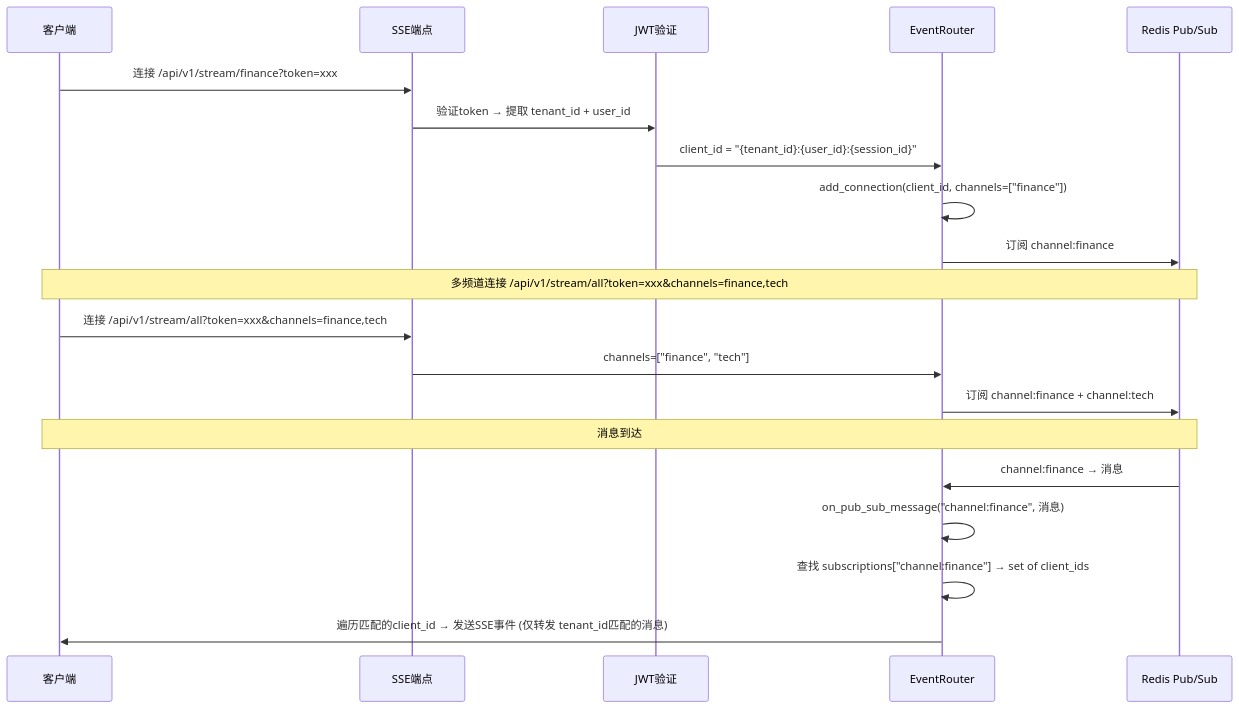
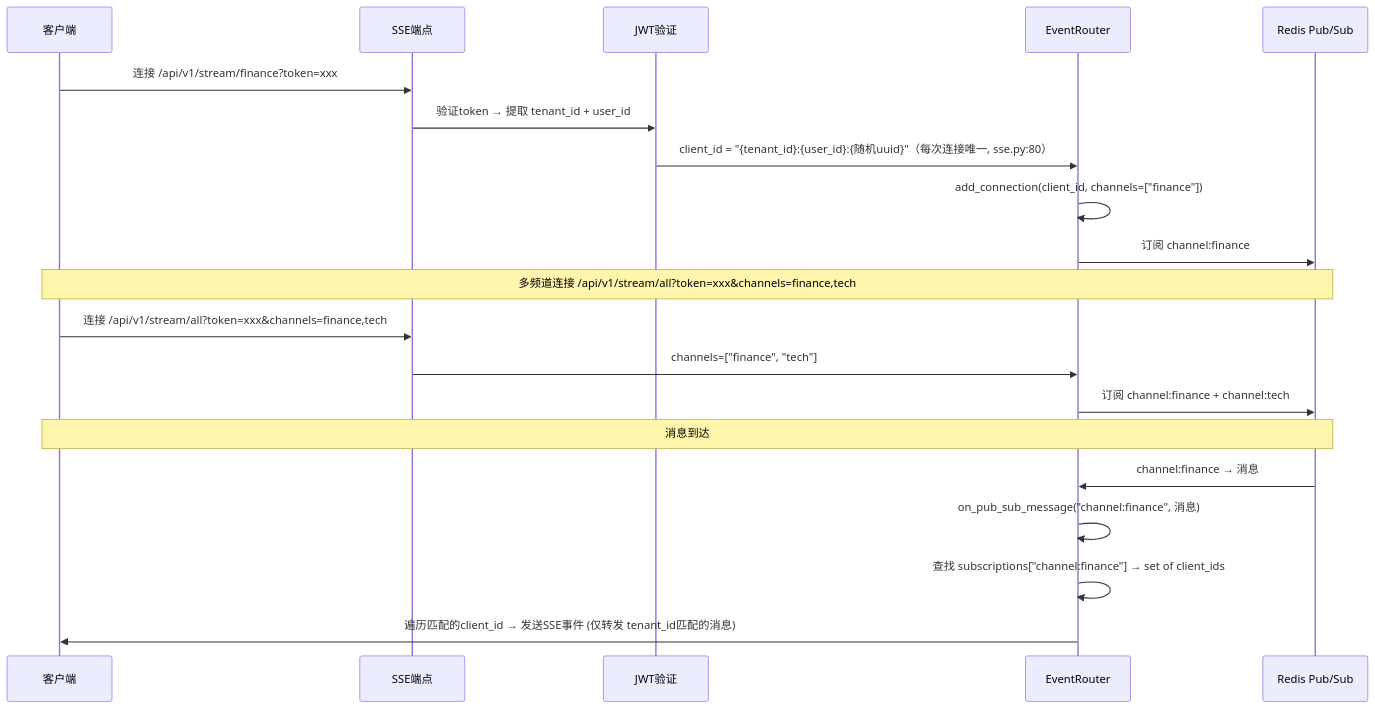
The fifth of 12 diagrams in docs/design/data-flow.md (onceme/instantboard), drawn with Mermaid before and after one commit. The commit also changed other lines of this file and 14 other files, not shown here.

````diff
--- a/docs/design/data-flow.md
+++ b/docs/design/data-flow.md
@@ -417,25 +362,25 @@
 ```mermaid
 sequenceDiagram
     participant Client as 客户端
     participant SSE as SSE端点
     participant JWT as JWT验证
     participant Router as EventRouter
     participant Redis as Redis Pub/Sub
 
     Client->>SSE: 连接 /api/v1/stream/finance?token=xxx
     SSE->>JWT: 验证token → 提取 tenant_id + user_id
-    JWT->>Router: client_id = "{tenant_id}:{user_id}:{session_id}"
+    JWT->>Router: client_id = "{tenant_id}:{user_id}:{随机uuid}"（每次连接唯一, sse.py:80）
     Router->>Router: add_connection(client_id, channels=["finance"])
     Router->>Redis: 订阅 channel:finance
 
     Note over Client,Redis: 多频道连接 /api/v1/stream/all?token=xxx&channels=finance,tech
     Client->>SSE: 连接 /api/v1/stream/all?token=xxx&channels=finance,tech
     SSE->>Router: channels=["finance", "tech"]
     Router->>Redis: 订阅 channel:finance + channel:tech
 
     Note over Client,Redis: 消息到达
     Redis->>Router: channel:finance → 消息
     Router->>Router: on_pub_sub_message("channel:finance", 消息)
     Router->>Router: 查找 subscriptions["channel:finance"] → set of client_ids
     Router->>Client: 遍历匹配的client_id → 发送SSE事件 (仅转发 tenant_id匹配的消息)
 ```
````
